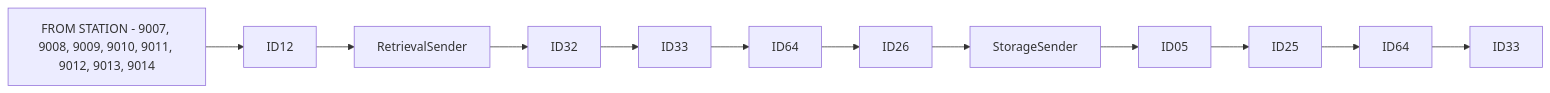
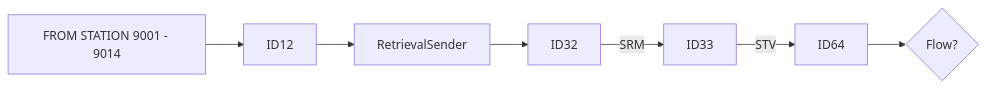
Before and after one commit to luthfiadityaa/SimeDarby-Wiki: the first of 13 diagrams in Basic-Design/DFD-WMS/Retrieval/Transfer-Setting/Ambient-to-Tempering.md, drawn with Mermaid. The commit also changed other lines of this file, not shown here.

```diff
--- a/Basic-Design/DFD-WMS/Retrieval/Transfer-Setting/Ambient-to-Tempering.md
+++ b/Basic-Design/DFD-WMS/Retrieval/Transfer-Setting/Ambient-to-Tempering.md
@@ -9,5 +10,5 @@
 ::: mermaid
 flowchart LR
 
-P1[FROM STATION - 9007, 9008, 9009, 9010, 9011, 9012, 9013, 9014]-->P2[ID12]-->P3[RetrievalSender]-->P4[ID32]-->P5[ID33]-->P6[ID64]-->P7[ID26]-->P8[StorageSender]-->P9[ID05]-->P10[ID25]-->P11[ID64]-->P12[ID33]
+P1[FROM STATION 9001 - 9014]-->P2[ID12]-->P3[RetrievalSender]-->P4[ID32]-->|SRM|P5[ID33]-->|STV|P6[ID64]-->Cond1{Flow?} 
 :::
```
